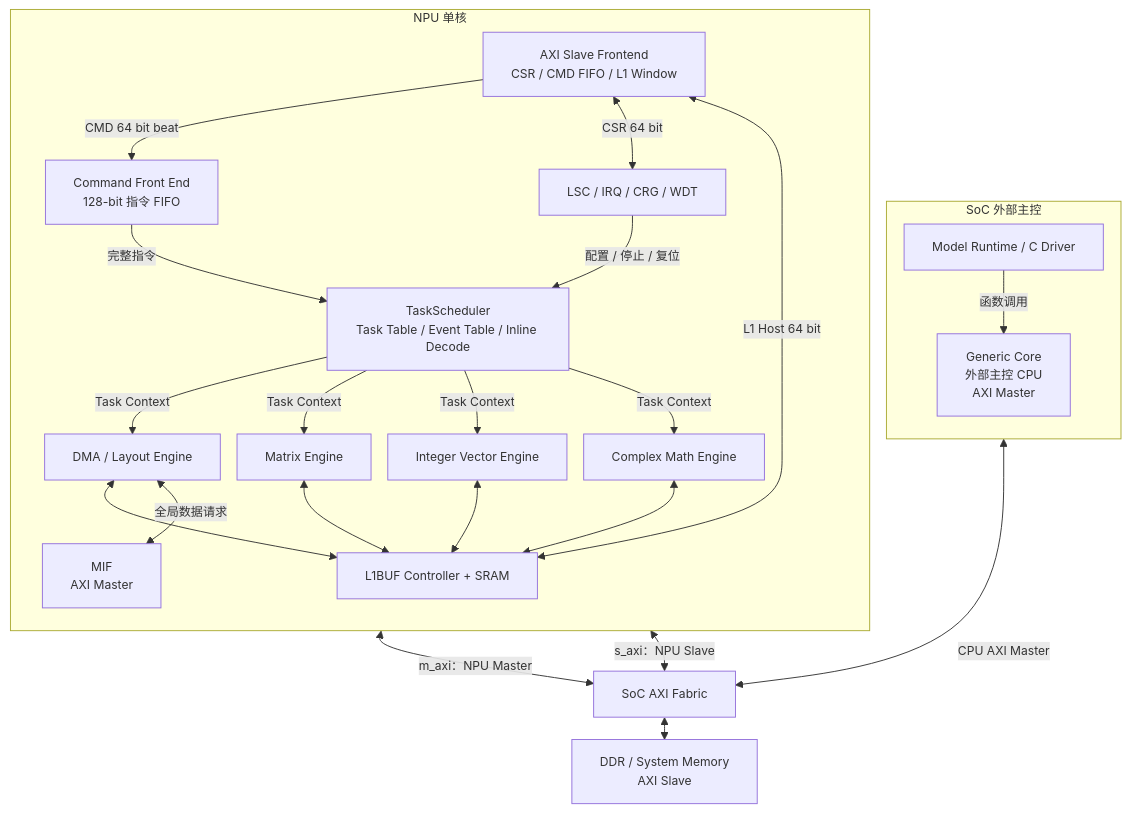
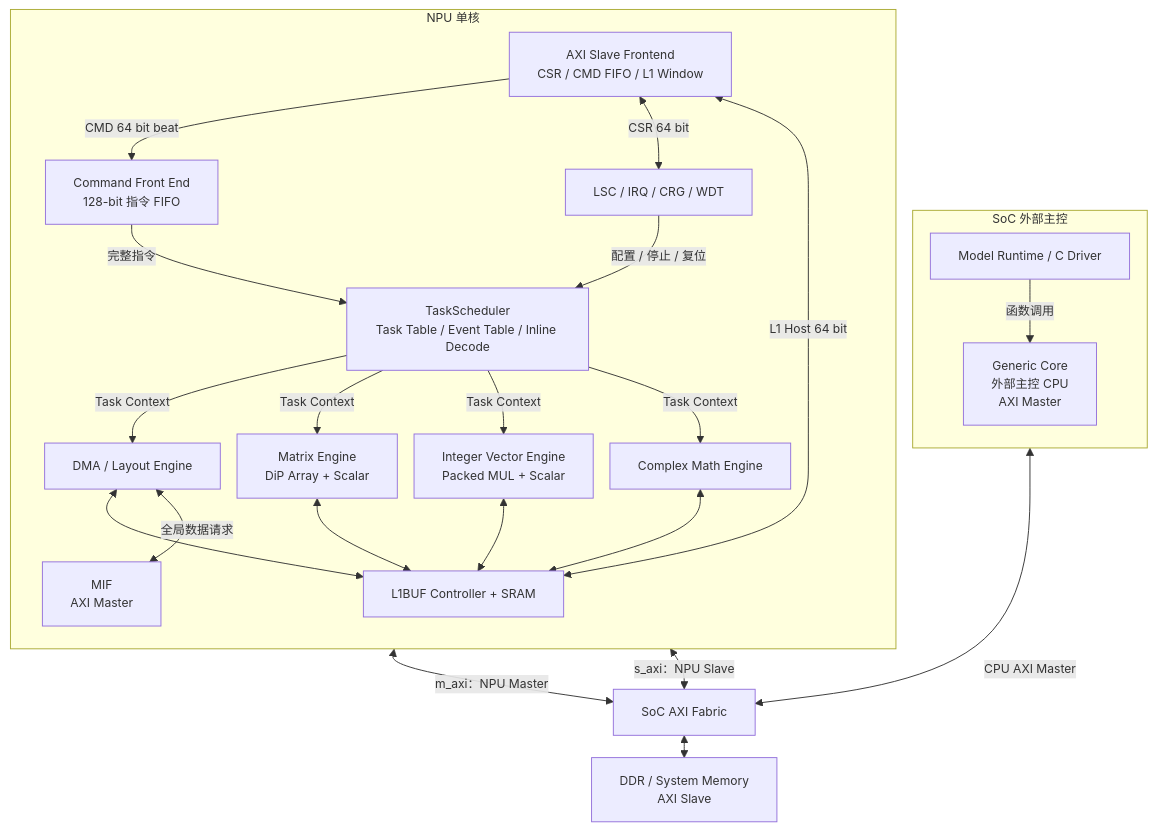
The second of 21 diagrams in NPU/NPU 指令与硬件架构设计 Spec.md (Little-W/Obsidian), drawn with Mermaid before and after one commit. The commit also changed other lines of this file and 93 other files, not shown here.

````diff
--- a/NPU/NPU 指令与硬件架构设计 Spec.md
+++ b/NPU/NPU 指令与硬件架构设计 Spec.md
@@ -340,47 +333,47 @@
 ```mermaid
 %%{init: {"flowchart": {"useMaxWidth": true, "nodeSpacing": 18, "rankSpacing": 24}, "themeVariables": {"fontSize": "13px"}}}%%
 flowchart TB
     subgraph HOST["SoC 外部主控"]
         direction TB
         SW["Model Runtime / C Driver"]
         CPU["Generic Core<br/>外部主控 CPU<br/>AXI Master"]
         SW -->|"函数调用"| CPU
     end
 
     FABRIC["SoC AXI Fabric"]
     DDR["DDR / System Memory<br/>AXI Slave"]
 
     subgraph SUB["NPU 单核"]
         direction TB
         AXIS0["AXI Slave Frontend<br/>CSR / CMD FIFO / L1 Window"]
         LSC0["LSC / IRQ / CRG / WDT"]
         CFE0["Command Front End<br/>128-bit 指令 FIFO"]
         TS0["TaskScheduler<br/>Task Table / Event Table / Inline Decode"]
-        ME0["Matrix Engine"]
-        VE0["Integer Vector Engine"]
+        ME0["Matrix Engine<br/>DiP Array + Scalar"]
+        VE0["Integer Vector Engine<br/>Packed MUL + Scalar"]
         CE0["Complex Math Engine"]
         DMA0["DMA / Layout Engine"]
         L10["L1BUF Controller + SRAM"]
         MIF0["MIF<br/>AXI Master"]
 
         AXIS0 -->|"CMD 64 bit beat"| CFE0
         AXIS0 <-->|"CSR 64 bit"| LSC0
         AXIS0 <-->|"L1 Host 64 bit"| L10
         CFE0 -->|"完整指令"| TS0
         LSC0 -->|"配置 / 停止 / 复位"| TS0
         TS0 -->|"Task Context"| DMA0
         TS0 -->|"Task Context"| ME0
         TS0 -->|"Task Context"| VE0
         TS0 -->|"Task Context"| CE0
         DMA0 <--> L10
         ME0 <--> L10
         VE0 <--> L10
         CE0 <--> L10
         DMA0 <-->|"全局数据请求"| MIF0
     end
 
     CPU <-->|"CPU AXI Master"| FABRIC
     FABRIC <-->|"s_axi：NPU Slave"| AXIS0
     MIF0 <-->|"m_axi：NPU Master"| FABRIC
     FABRIC <--> DDR
 ```
````
